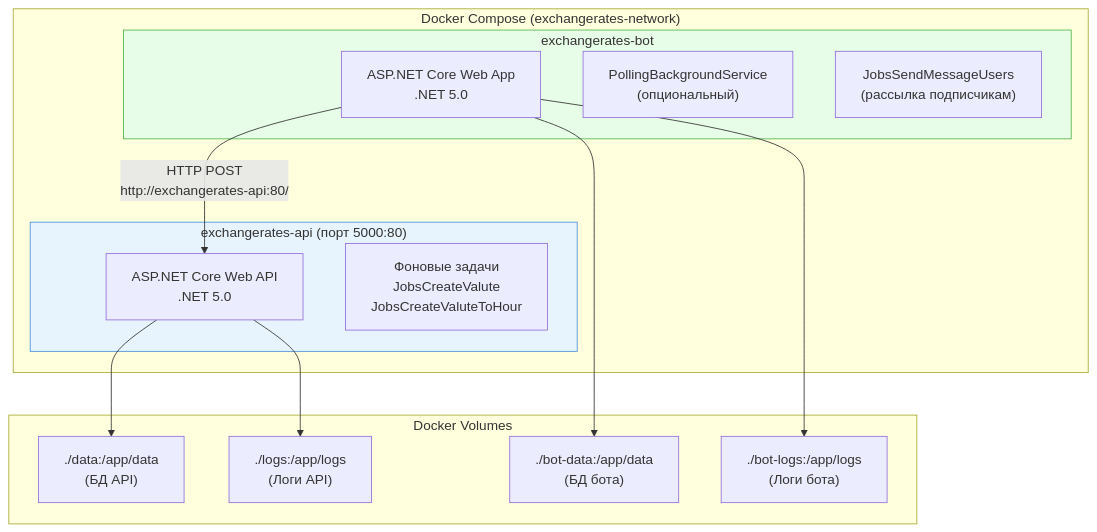
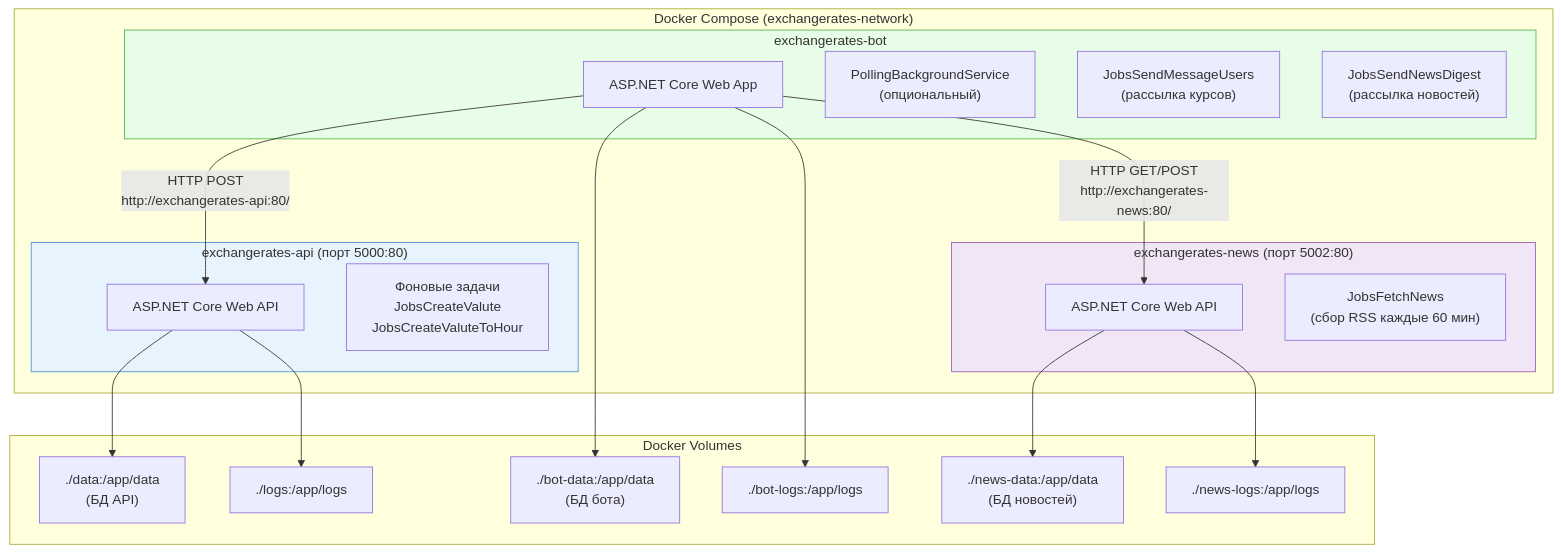
One commit to Jenausmax/ExchangeRates.Api changed the second of 20 diagrams in doc/architecture.md. Above: the diagram before and after it, drawn with Mermaid. The commit also changed other lines of this file and 2 other files, not shown here.

````diff
--- a/doc/architecture.md
+++ b/doc/architecture.md
@@ -85,31 +93,43 @@
 ```mermaid
 graph TB
     subgraph Docker["Docker Compose (exchangerates-network)"]
         subgraph APIContainer["exchangerates-api (порт 5000:80)"]
-            APIApp["ASP.NET Core Web API<br/>.NET 5.0"]
+            APIApp["ASP.NET Core Web API"]
             APIBgJobs["Фоновые задачи<br/>JobsCreateValute<br/>JobsCreateValuteToHour"]
         end
 
         subgraph BotContainer["exchangerates-bot"]
-            BotApp["ASP.NET Core Web App<br/>.NET 5.0"]
+            BotApp["ASP.NET Core Web App"]
             BotPolling["PollingBackgroundService<br/>(опциональный)"]
-            BotScheduler["JobsSendMessageUsers<br/>(рассылка подписчикам)"]
+            BotScheduler["JobsSendMessageUsers<br/>(рассылка курсов)"]
+            BotNewsJob["JobsSendNewsDigest<br/>(рассылка новостей)"]
+        end
+
+        subgraph NewsContainer["exchangerates-news (порт 5002:80)"]
+            NewsApp["ASP.NET Core Web API"]
+            NewsFetch["JobsFetchNews<br/>(сбор RSS каждые 60 мин)"]
         end
     end
 
     subgraph Volumes["Docker Volumes"]
         DataVol["./data:/app/data<br/>(БД API)"]
-        LogVol["./logs:/app/logs<br/>(Логи API)"]
+        LogVol["./logs:/app/logs"]
         BotDataVol["./bot-data:/app/data<br/>(БД бота)"]
-        BotLogVol["./bot-logs:/app/logs<br/>(Логи бота)"]
+        BotLogVol["./bot-logs:/app/logs"]
+        NewsDataVol["./news-data:/app/data<br/>(БД новостей)"]
+        NewsLogVol["./news-logs:/app/logs"]
     end
 
     BotApp -->|"HTTP POST<br/>http://exchangerates-api:80/"| APIApp
+    BotApp -->|"HTTP GET/POST<br/>http://exchangerates-news:80/"| NewsApp
     APIApp --> DataVol
     APIApp --> LogVol
     BotApp --> BotDataVol
     BotApp --> BotLogVol
+    NewsApp --> NewsDataVol
+    NewsApp --> NewsLogVol
 
     style APIContainer fill:#e8f4fd,stroke:#4a90d9
     style BotContainer fill:#e8fde8,stroke:#50b848
+    style NewsContainer fill:#f0e6f6,stroke:#9b59b6
 ```
````
